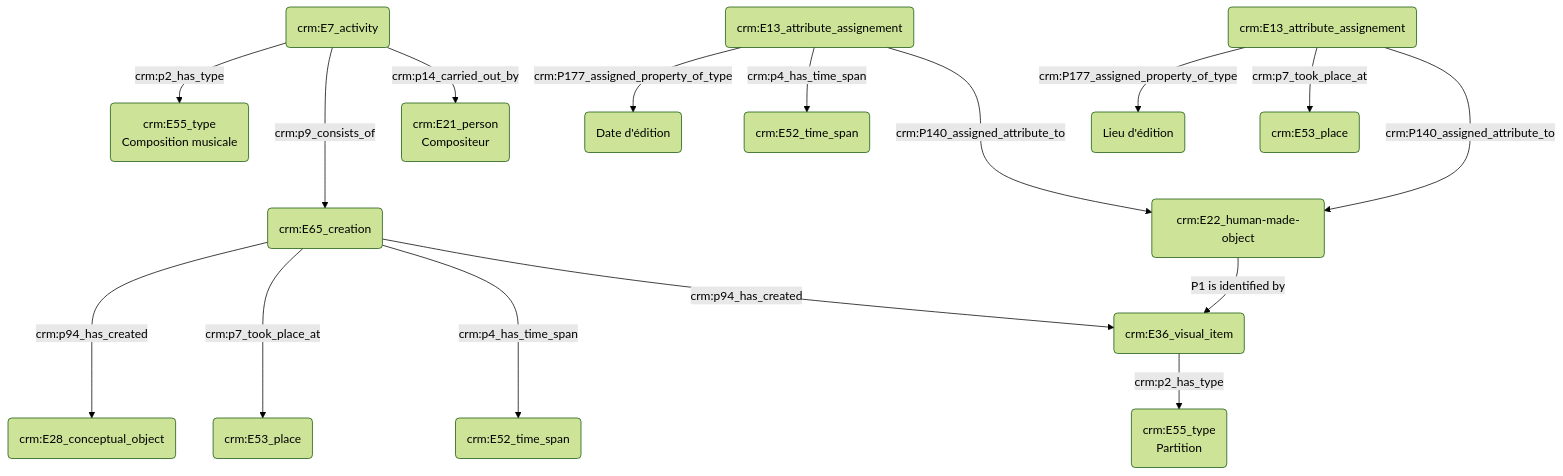
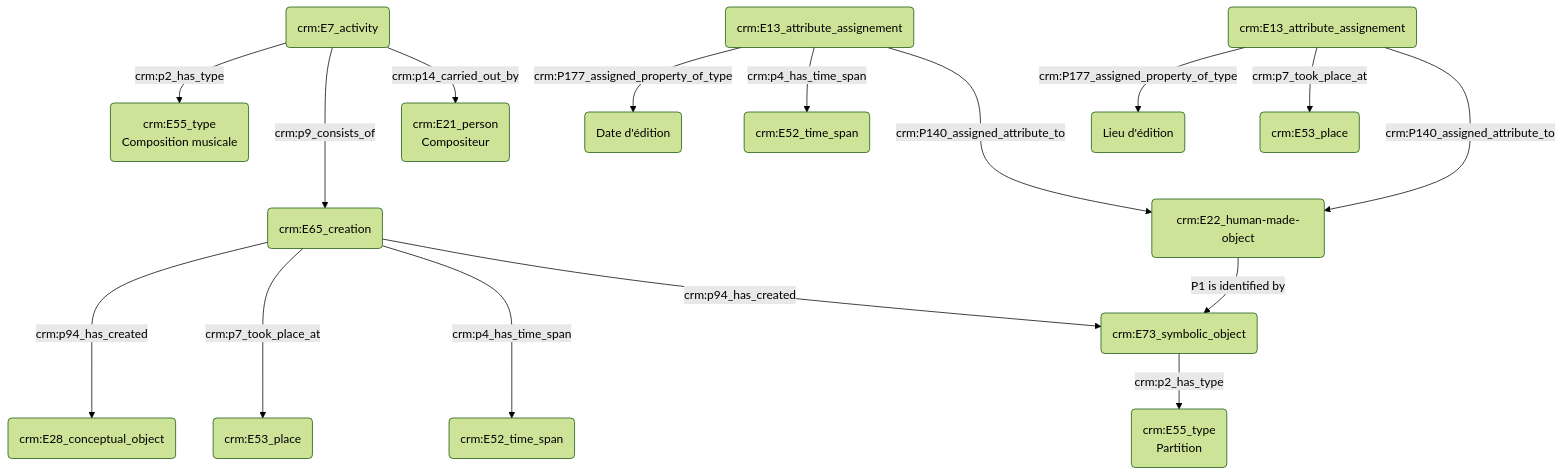
One commit to Amleth/consortium-musica2-gt2-ontologies changed the second of 2 diagrams in modules/indexation_conceptuelle/index.md. Above: the diagram before and after it, drawn with Mermaid (forest theme).

````diff
--- a/modules/indexation_conceptuelle/index.md
+++ b/modules/indexation_conceptuelle/index.md
@@ -33,24 +33,24 @@
 ```mermaid
 graph TD;
 E(crm:E7_activity) --> |crm:p14_carried_out_by| C(crm:E21_person<br>Compositeur)
-A(crm:E36_visual_item) --> |crm:p2_has_type| B(crm:E55_type<br>Partition)
+A(crm:E73_symbolic_object) --> |crm:p2_has_type| B(crm:E55_type<br>Partition)
 E(crm:E7_activity) --->|crm:p9_consists_of| D(crm:E65_creation)
 E(crm:E7_activity) --> |crm:p2_has_type| F(crm:E55_type<br>Composition musicale)
 
 D(crm:E65_creation) --> |crm:p94_has_created| A(crm:E36_visual_item)
 D(crm:E65_creation) ---> |crm:p4_has_time_span| H(crm:E52_time_span)
 D(crm:E65_creation) ---> |crm:p7_took_place_at| I(crm:E53_place)
 D(crm:E65_creation) ---> |crm:p94_has_created| P(crm:E28_conceptual_object)
 
-G(crm:E22_human-made-object)--> |P1 is identified by| A(crm:E36_visual_item)
+G(crm:E22_human-made-object)--> |P1 is identified by| A(crm:E73_symbolic_object)
 J(crm:E13_attribute_assignement) ---> |crm:P140_assigned_attribute_to| G(crm:E22_human-made-object)
 J(crm:E13_attribute_assignement) --> |crm:p4_has_time_span| K(crm:E52_time_span)
 J(crm:E13_attribute_assignement) --> |crm:P177_assigned_property_of_type| N(Date d'édition)
 
 L(crm:E13_attribute_assignement) ---> |crm:P140_assigned_attribute_to| G(crm:E22_human-made-object)
 L(crm:E13_attribute_assignement) --> |crm:p7_took_place_at| M(crm:E53_place)
 L(crm:E13_attribute_assignement) --> |crm:P177_assigned_property_of_type| O(Lieu d'édition)
 
 
 
 ```
````
